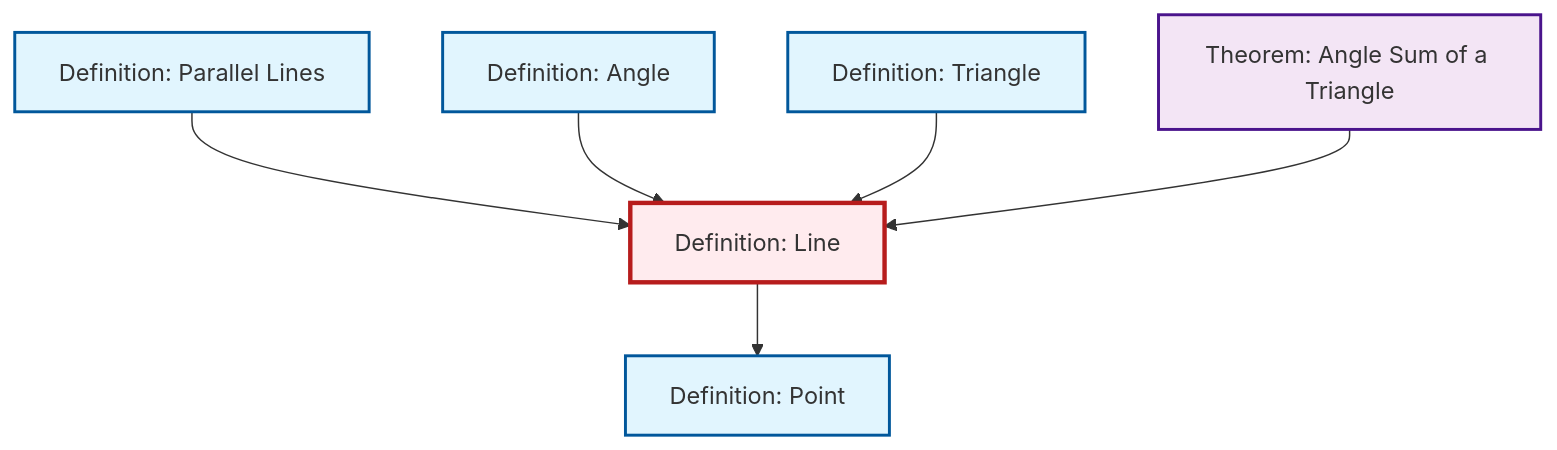
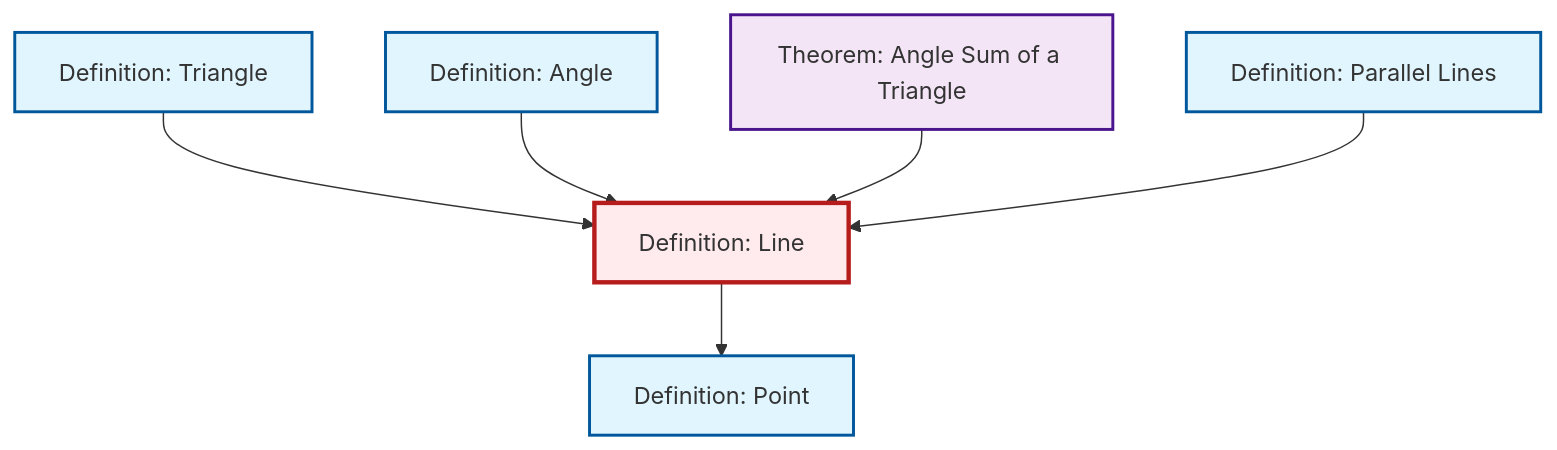
The diagram in content/ja/geometry/def-line.qmd (RK0429/ModernMath), drawn with Mermaid before and after one commit. The commit also changed other lines of this file and 497 other files, not shown here.

````diff
--- a/content/ja/geometry/def-line.qmd
+++ b/content/ja/geometry/def-line.qmd
@@ -46,26 +46,26 @@
 ```{mermaid}
 %%| fig-cap: "Local dependency graph"
 graph TD
     classDef definition fill:#e1f5fe,stroke:#01579b,stroke-width:2px
     classDef theorem fill:#f3e5f5,stroke:#4a148c,stroke-width:2px
     classDef axiom fill:#fff3e0,stroke:#e65100,stroke-width:2px
     classDef example fill:#e8f5e9,stroke:#1b5e20,stroke-width:2px
     classDef current fill:#ffebee,stroke:#b71c1c,stroke-width:3px
     thm-angle-sum-triangle["Theorem: Angle Sum of a Triangle"]:::theorem
+    def-angle["Definition: Angle"]:::definition
+    def-point["Definition: Point"]:::definition
+    def-parallel["Definition: Parallel Lines"]:::definition
+    def-line["Definition: Line"]:::definition
     def-triangle["Definition: Triangle"]:::definition
-    def-angle["Definition: Angle"]:::definition
-    def-parallel["Definition: Parallel Lines"]:::definition
-    def-point["Definition: Point"]:::definition
-    def-line["Definition: Line"]:::definition
+    def-triangle --> def-line
+    def-line --> def-point
+    def-angle --> def-line
+    thm-angle-sum-triangle --> def-line
     def-parallel --> def-line
-    def-angle --> def-line
-    def-triangle --> def-line
-    thm-angle-sum-triangle --> def-line
-    def-line --> def-point
     class def-line current
     click thm-angle-sum-triangle "thm-angle-sum-triangle.html" "Theorem: Angle Sum of a Triangleへ"
+    click def-angle "def-angle.html" "Definition: Angleへ"
+    click def-point "def-point.html" "Definition: Pointへ"
+    click def-parallel "def-parallel.html" "Definition: Parallel Linesへ"
     click def-triangle "def-triangle.html" "Definition: Triangleへ"
-    click def-angle "def-angle.html" "Definition: Angleへ"
-    click def-parallel "def-parallel.html" "Definition: Parallel Linesへ"
-    click def-point "def-point.html" "Definition: Pointへ"
 ```
````
